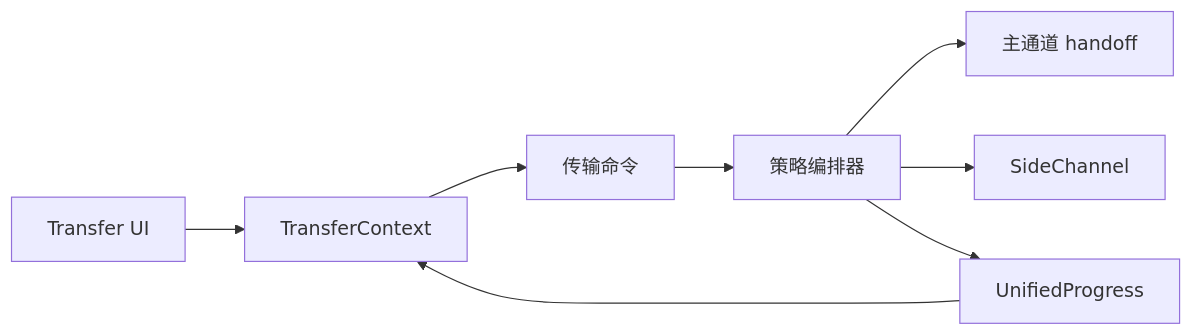
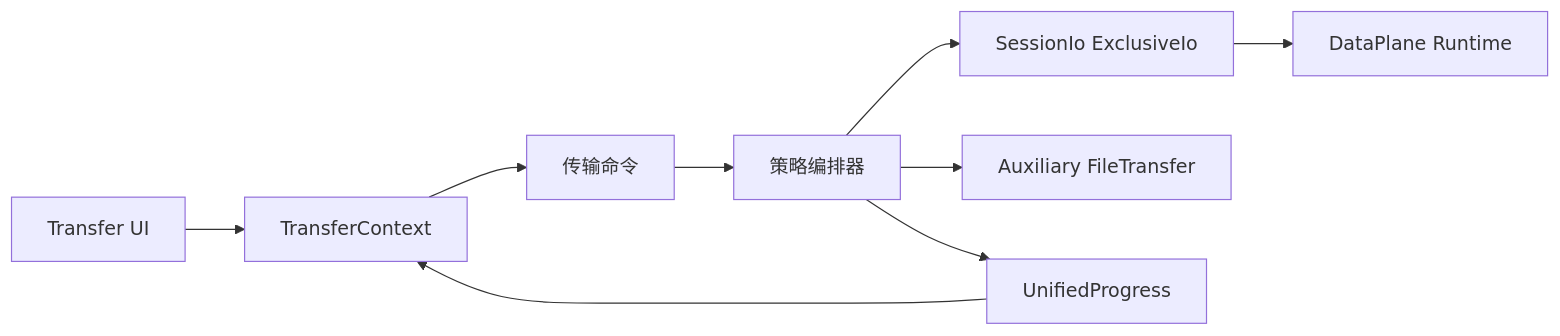
The diagram in docs/modules/TRANSFER.md (hamburger-os/TauTerm), drawn with Mermaid before and after one commit. The commit also changed other lines of this file and 99 other files, not shown here.

````diff
--- a/docs/modules/TRANSFER.md
+++ b/docs/modules/TRANSFER.md
@@ -29,10 +29,11 @@
 ```mermaid
 flowchart LR
   UI["Transfer UI"] --> Context["TransferContext"]
   Context --> Command["传输命令"]
   Command --> Orchestrator["策略编排器"]
-  Orchestrator --> Inline["主通道 handoff"]
-  Orchestrator --> Side["SideChannel"]
+  Orchestrator --> Inline["SessionIo ExclusiveIo"]
+  Orchestrator --> Side["Auxiliary FileTransfer"]
   Orchestrator --> Progress["UnifiedProgress"]
+  Inline --> DP["DataPlane Runtime"]
   Progress --> Context
 ```
````
